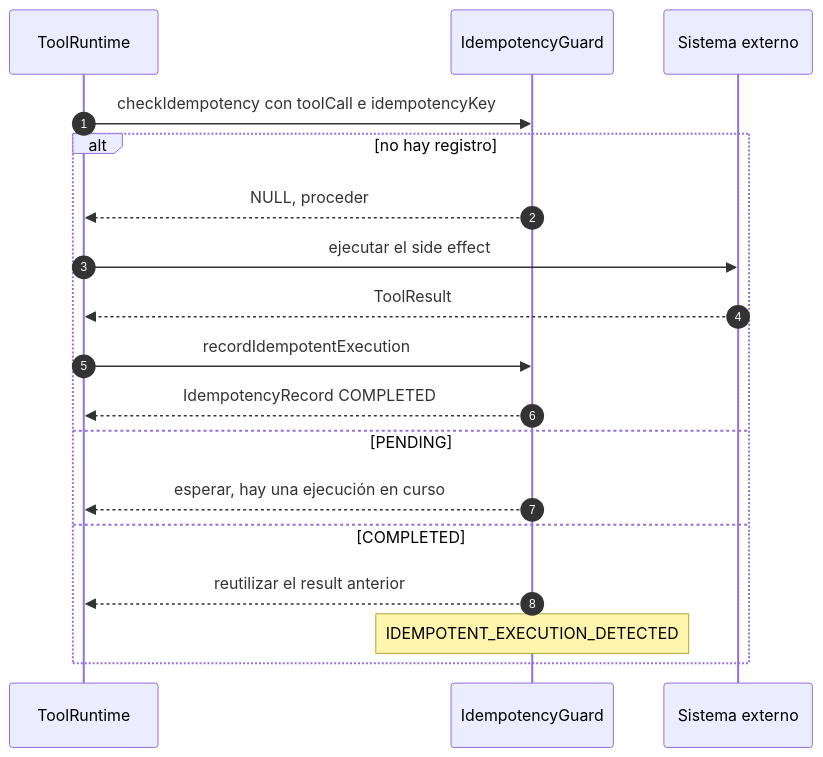
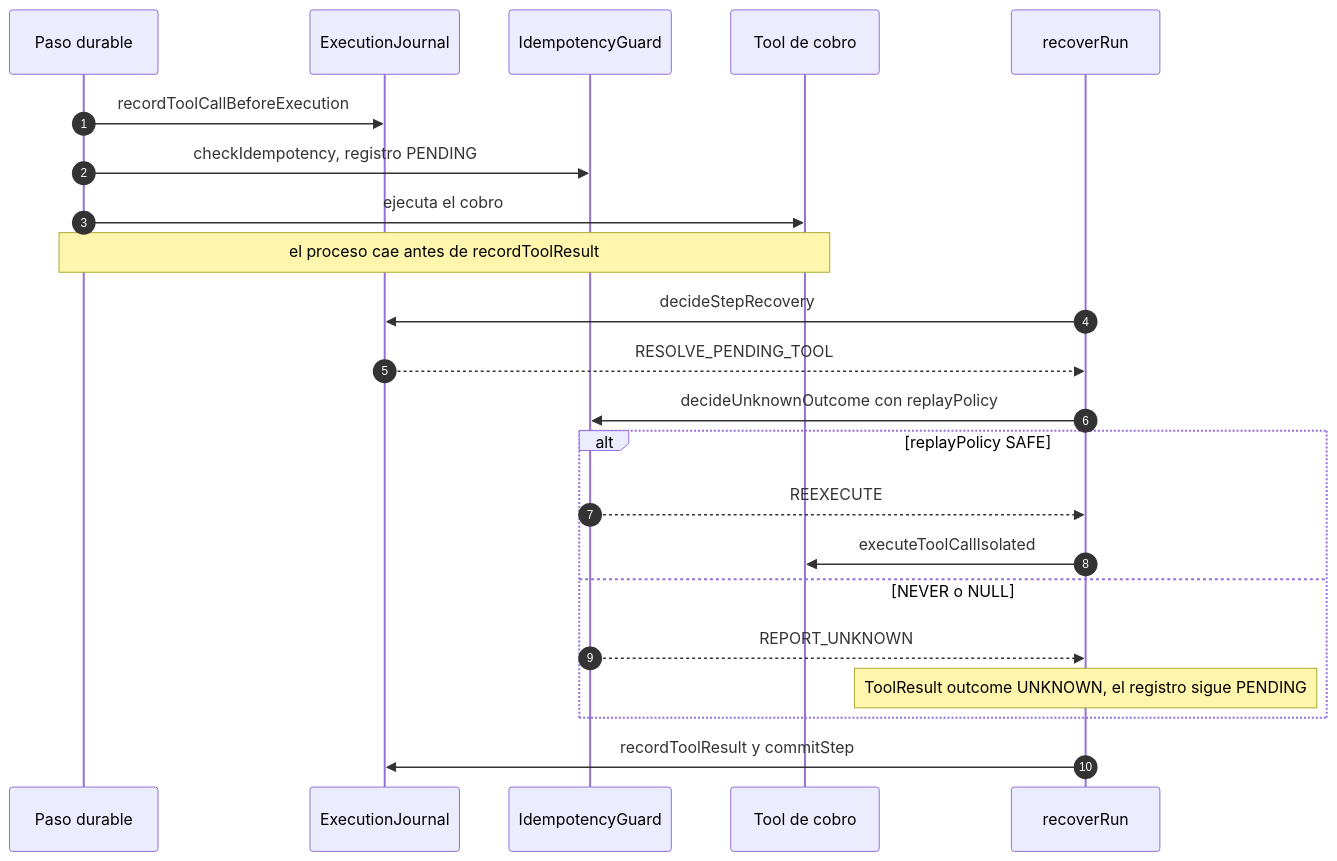
The fourth of 10 diagrams in docs/diagramas/book-harness/BH-10-Flujos-Empresariales.md (aaramirez/arnes-ai), drawn with Mermaid before and after one commit. The commit also changed other lines of this file and 52 other files, not shown here.

````diff
--- a/docs/diagramas/book-harness/BH-10-Flujos-Empresariales.md
+++ b/docs/diagramas/book-harness/BH-10-Flujos-Empresariales.md
@@ -190,21 +225,25 @@
 ```mermaid
 sequenceDiagram
   autonumber
-  participant TR as ToolRuntime
+  participant F as Paso durable
+  participant EJ as ExecutionJournal
   participant IG as IdempotencyGuard
-  participant EXT as Sistema externo
+  participant TR as Tool de cobro
+  participant R as recoverRun
 
-  TR->>IG: checkIdempotency con toolCall e idempotencyKey
-  alt no hay registro
-    IG-->>TR: NULL, proceder
-    TR->>EXT: ejecutar el side effect
-    EXT-->>TR: ToolResult
-    TR->>IG: recordIdempotentExecution
-    IG-->>TR: IdempotencyRecord COMPLETED
-  else PENDING
-    IG-->>TR: esperar, hay una ejecución en curso
-  else COMPLETED
-    IG-->>TR: reutilizar el result anterior
-    Note over IG: IDEMPOTENT_EXECUTION_DETECTED
+  F->>EJ: recordToolCallBeforeExecution
+  F->>IG: checkIdempotency, registro PENDING
+  F->>TR: ejecuta el cobro
+  Note over F,TR: el proceso cae antes de recordToolResult
+  R->>EJ: decideStepRecovery
+  EJ-->>R: RESOLVE_PENDING_TOOL
+  R->>IG: decideUnknownOutcome con replayPolicy
+  alt replayPolicy SAFE
+    IG-->>R: REEXECUTE
+    R->>TR: executeToolCallIsolated
+  else NEVER o NULL
+    IG-->>R: REPORT_UNKNOWN
+    Note over R: ToolResult outcome UNKNOWN, el registro sigue PENDING
   end
+  R->>EJ: recordToolResult y commitStep
 ```
````
